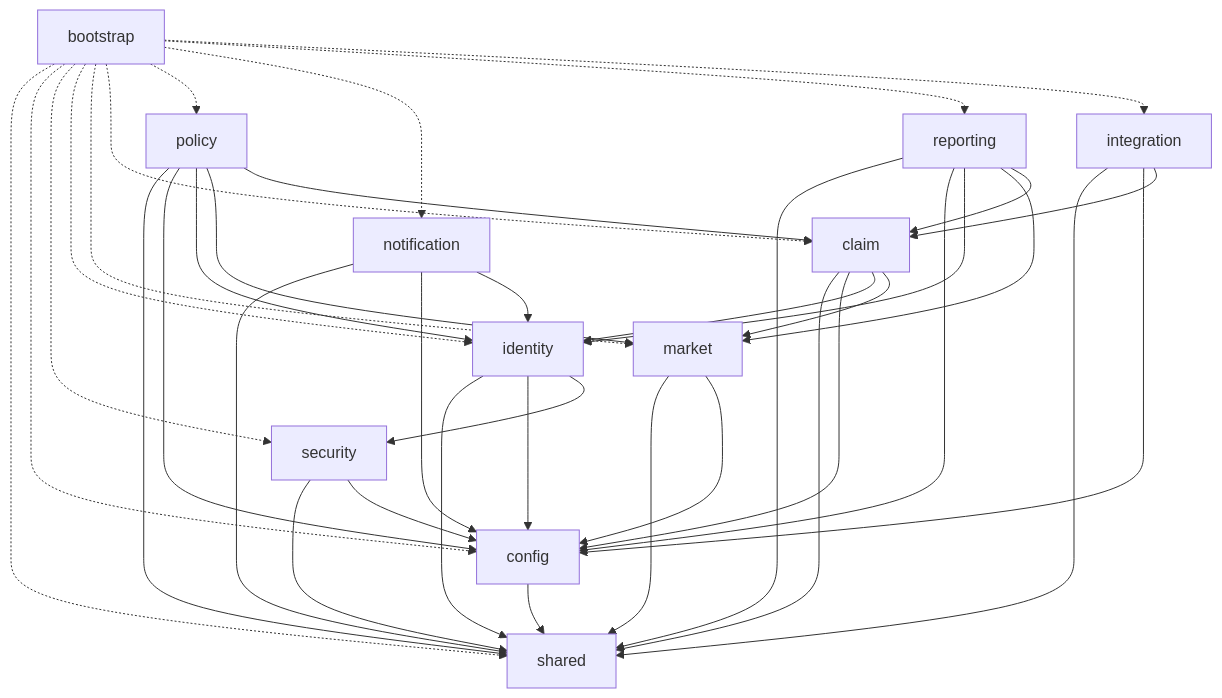
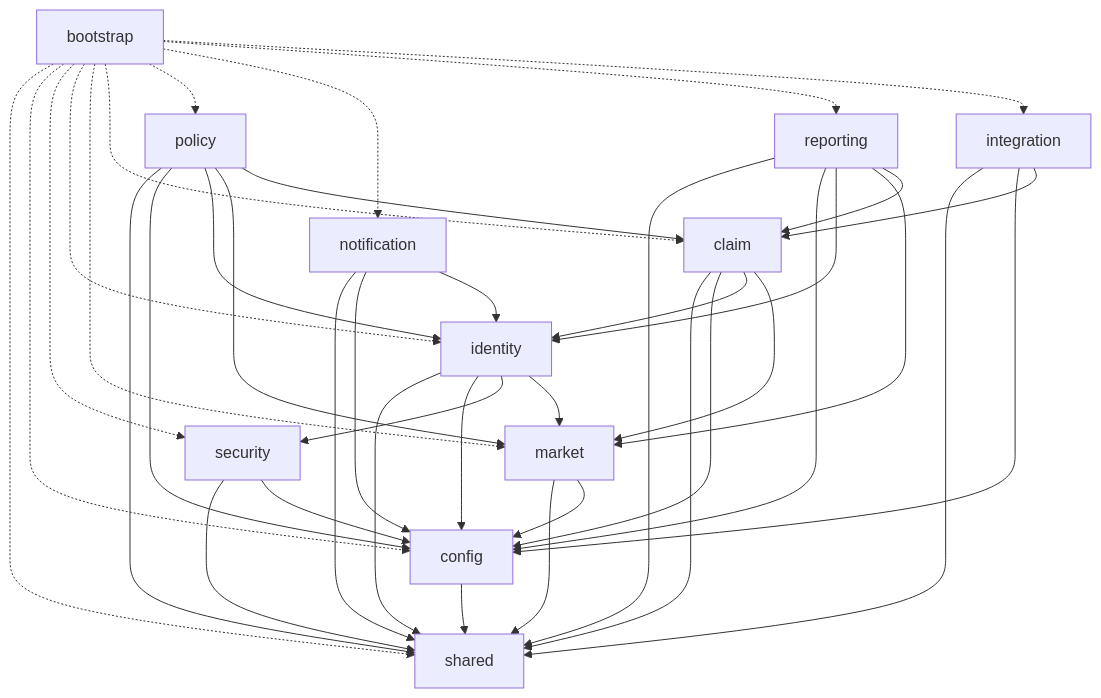
Before and after one commit to nadeemmaldar-007/claims-management-platform: the first of 2 diagrams in docs/02-architecture.md, drawn with Mermaid. The commit also changed other lines of this file and 6 other files, not shown here.

````diff
--- a/docs/02-architecture.md
+++ b/docs/02-architecture.md
@@ -71,54 +71,55 @@
 ```mermaid
 graph TD
     shared["shared"]
     config["config"]
     security["security"]
     identity["identity"]
     market["market"]
     claim["claim"]
     policy["policy"]
     notification["notification"]
     reporting["reporting"]
     integration["integration"]
     bootstrap["bootstrap"]
 
     config --> shared
     security --> shared
     security --> config
     identity --> shared
     identity --> config
     identity --> security
+    identity --> market
     market --> shared
     market --> config
     claim --> shared
     claim --> config
     claim --> identity
     claim --> market
     policy --> shared
     policy --> config
     policy --> identity
     policy --> market
     policy --> claim
     notification --> shared
     notification --> config
     notification --> identity
     reporting --> shared
     reporting --> config
     reporting --> identity
     reporting --> market
     reporting --> claim
     integration --> shared
     integration --> config
     integration --> claim
 
     bootstrap -.-> shared
     bootstrap -.-> config
     bootstrap -.-> security
     bootstrap -.-> identity
     bootstrap -.-> market
     bootstrap -.-> claim
     bootstrap -.-> policy
     bootstrap -.-> notification
     bootstrap -.-> reporting
     bootstrap -.-> integration
 ```
````
